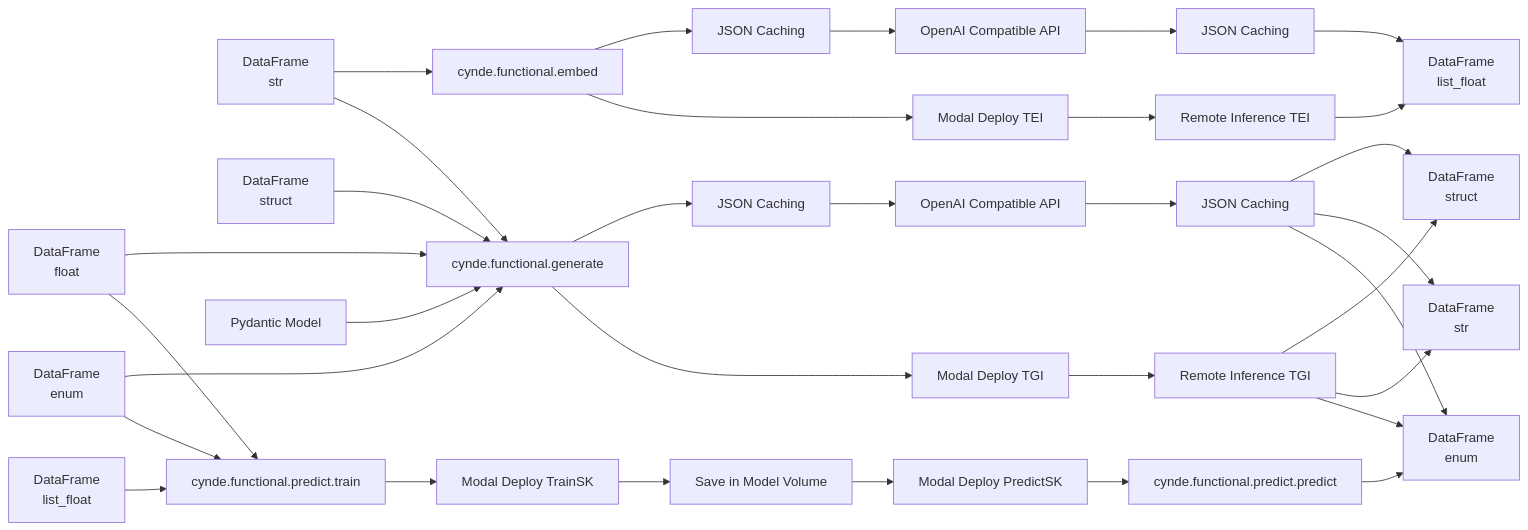
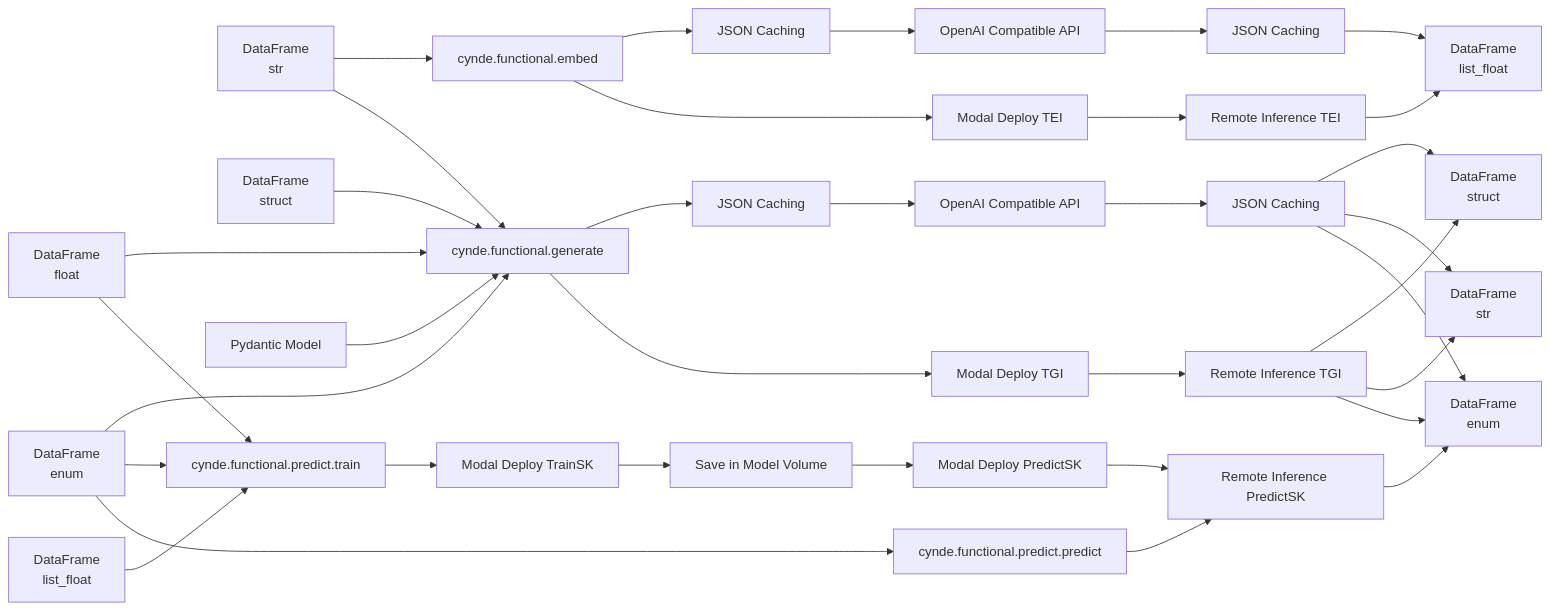
The diagram in README.md (Neural-Dragon-AI/Cynde), drawn with Mermaid before and after one commit.

````diff
--- a/README.md
+++ b/README.md
@@ -26,39 +26,41 @@
 ```mermaid
 graph LR
     A[DataFrame<br>str] --> B[cynde.functional.embed]
     A --> C[cynde.functional.generate]
     D[DataFrame<br>float] --> C
     E[DataFrame<br>enum] --> C
     T[DataFrame<br>struct] --> C
     E --> F[cynde.functional.predict.train]
     D --> F
     G[DataFrame<br>list_float] --> F
 
     H[Pydantic Model] --> C
 
     B --> I[JSON Caching]
     B --> J[Modal Deploy TEI]
     I --> K[OpenAI Compatible API]
     J --> L[Remote Inference TEI]
     K --> M[JSON Caching]
     L --> N[DataFrame<br>list_float]
     M --> N
 
     C --> O[JSON Caching]
     C --> P[Modal Deploy TGI]
     O --> Q[OpenAI Compatible API]
     P --> R[Remote Inference TGI]
     Q --> S[JSON Caching]
     R --> T2[DataFrame<br>struct]
     R --> A2[DataFrame<br>str]
     R --> E2[DataFrame<br>enum]
     S --> T2
     S --> A2
     S --> E2
 
     F --> U[Modal Deploy TrainSK]
     U --> V[Save in Model Volume]
     V --> W[Modal Deploy PredictSK]
-    W --> X[cynde.functional.predict.predict]
-    X --> E2
+    E --> X[cynde.functional.predict.predict]
+    W --> F2[Remote Inference PredictSK]
+    X --> F2
+    F2 --> E2
 ```
````
